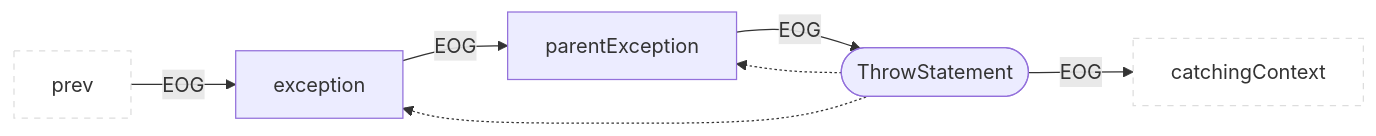
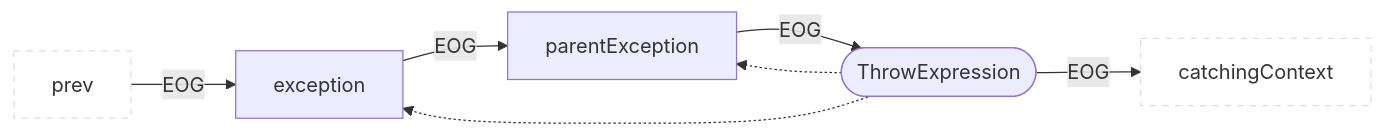
One commit to Fraunhofer-AISEC/cpg changed diagram 19 of 43 in docs/docs/CPG/specs/eog.md. Above: the diagram before and after it, drawn with Mermaid. The commit also changed other lines of this file and 1 other file, not shown here.

````diff
--- a/docs/docs/CPG/specs/eog.md
+++ b/docs/docs/CPG/specs/eog.md
@@ -391,11 +391,11 @@
 ```mermaid
 flowchart LR
   classDef outer fill:#fff,stroke:#ddd,stroke-dasharray:5 5;
   prev:::outer --EOG--> child1["exception"]
   child1 --EOG--> child2["parentException"]
   child2 --EOG-->parent
-  parent(["ThrowStatement"]) --EOG--> catchingContext:::outer
+  parent(["ThrowExpression"]) --EOG--> catchingContext:::outer
   parent -.-> child1
   parent -.-> child2
 
 ```
````
